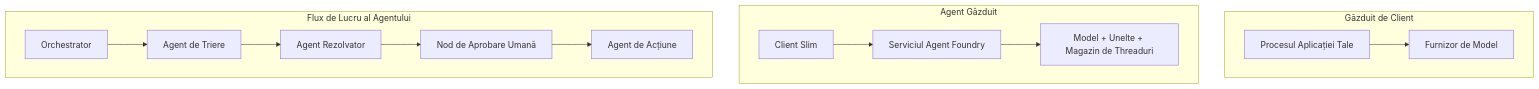
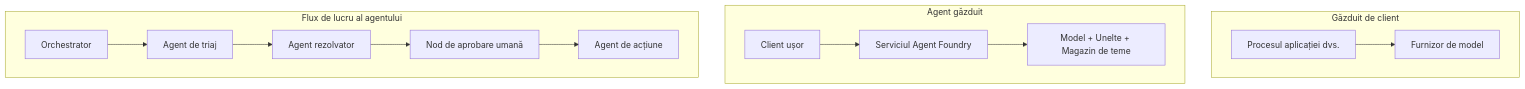
One commit to gabrielmoreira/agent-skills-mirror changed the first of 4 diagrams in mirrors/repos/microsoft@ai-agents-for-beginners/translations/ro/16-deploying-scalable-agents/README.md. Above: the diagram before and after it, drawn with Mermaid. The commit also changed other lines of this file and 3581 other files, not shown here.

````diff
--- a/mirrors/repos/microsoft@ai-agents-for-beginners/translations/ro/16-deploying-scalable-agents/README.md
+++ b/mirrors/repos/microsoft@ai-agents-for-beginners/translations/ro/16-deploying-scalable-agents/README.md
@@ -87,16 +87,16 @@
 ```mermaid
 flowchart TB
-    subgraph P1[Găzduit de Client]
-        A1[Procesul Aplicației Tale] --> M1[Furnizor de Model]
+    subgraph P1[Găzduit de client]
+        A1[Procesul aplicației dvs.] --> M1[Furnizor de model]
     end
-    subgraph P2[Agent Găzduit]
-        A2[Client Slim] --> F2[Serviciul Agent Foundry]
-        F2 --> M2[Model + Unelte + Magazin de Threaduri]
+    subgraph P2[Agent găzduit]
+        A2[Client ușor] --> F2[Serviciul Agent Foundry]
+        F2 --> M2[Model + Unelte + Magazin de teme]
     end
-    subgraph P3[Flux de Lucru al Agentului]
-        A3[Orchestrator] --> S1[Agent de Triere]
-        S1 --> S2[Agent Rezolvator]
-        S2 --> H[Nod de Aprobare Umană]
-        H --> S3[Agent de Acțiune]
+    subgraph P3[Flux de lucru al agentului]
+        A3[Orchestrator] --> S1[Agent de triaj]
+        S1 --> S2[Agent rezolvator]
+        S2 --> H[Nod de aprobare umană]
+        H --> S3[Agent de acțiune]
     end
 ```
````
